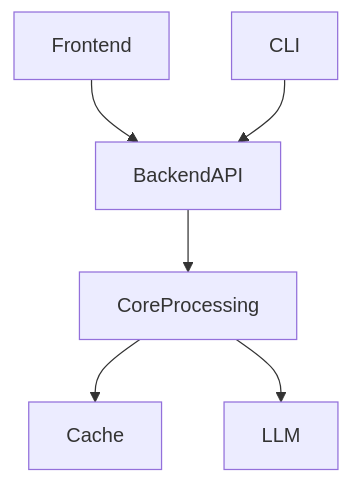
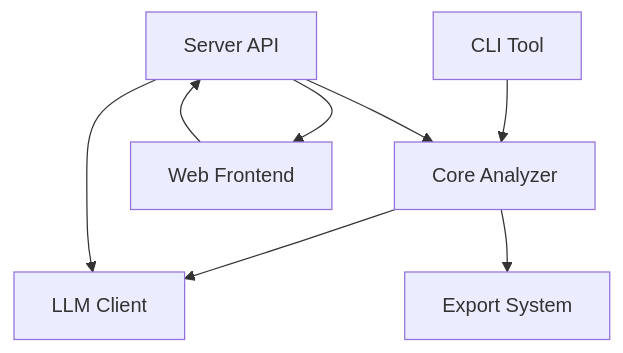
Before and after one commit to he-yufeng/RepoWiki: the first of 2 diagrams in architecture.md, drawn with Mermaid. The commit also changed other lines of this file and 14 other files, not shown here.

````diff
--- a/architecture.md
+++ b/architecture.md
@@ -9,8 +9,10 @@
 ```mermaid
 graph TD
-  Frontend --> BackendAPI
-  CLI --> BackendAPI
-  BackendAPI --> CoreProcessing
-  CoreProcessing --> Cache
-  CoreProcessing --> LLM
+  CLI[CLI Tool] --> Core[Core Analyzer]
+  Core --> LLM[LLM Client]
+  Core --> Export[Export System]
+  Server[Server API] --> Core
+  Server --> LLM
+  Frontend[Web Frontend] --> Server
+  Server --> Frontend
 ```
````
